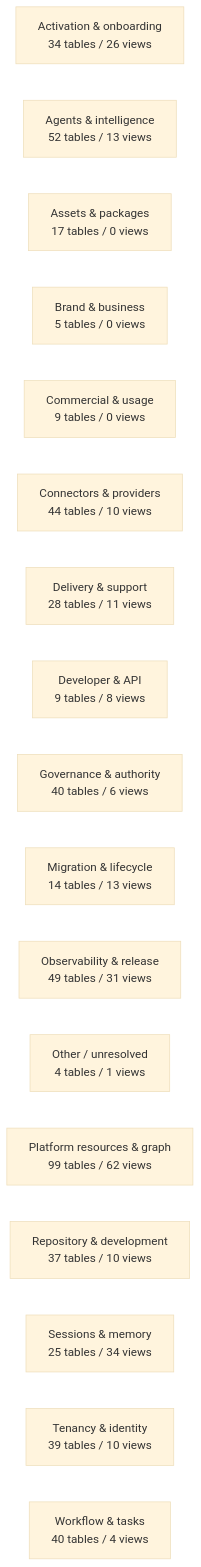
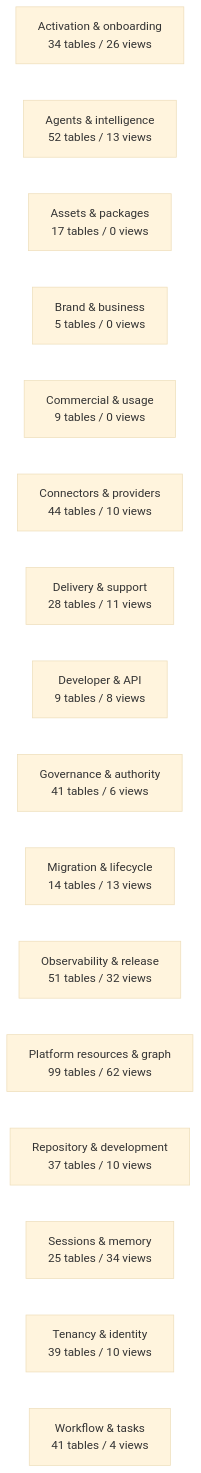
The diagram in docs/work-maps/data-model-domain-map.md (mad4bdigital-ai/multi-business-multi-role-growth-intelligence-os), drawn with Mermaid (base theme) before and after one commit. The commit also changed other lines of this file and 6 other files, not shown here.

````diff
--- a/docs/work-maps/data-model-domain-map.md
+++ b/docs/work-maps/data-model-domain-map.md
@@ -9,20 +9,19 @@
 ```mermaid
 flowchart LR
   n_Activation___onboarding["Activation & onboarding<br/>34 tables / 26 views"]
   n_Agents___intelligence["Agents & intelligence<br/>52 tables / 13 views"]
   n_Assets___packages["Assets & packages<br/>17 tables / 0 views"]
   n_Brand___business["Brand & business<br/>5 tables / 0 views"]
   n_Commercial___usage["Commercial & usage<br/>9 tables / 0 views"]
   n_Connectors___providers["Connectors & providers<br/>44 tables / 10 views"]
   n_Delivery___support["Delivery & support<br/>28 tables / 11 views"]
   n_Developer___API["Developer & API<br/>9 tables / 8 views"]
-  n_Governance___authority["Governance & authority<br/>40 tables / 6 views"]
+  n_Governance___authority["Governance & authority<br/>41 tables / 6 views"]
   n_Migration___lifecycle["Migration & lifecycle<br/>14 tables / 13 views"]
-  n_Observability___release["Observability & release<br/>49 tables / 31 views"]
-  n_Other___unresolved["Other / unresolved<br/>4 tables / 1 views"]
+  n_Observability___release["Observability & release<br/>51 tables / 32 views"]
   n_Platform_resources___graph["Platform resources & graph<br/>99 tables / 62 views"]
   n_Repository___development["Repository & development<br/>37 tables / 10 views"]
   n_Sessions___memory["Sessions & memory<br/>25 tables / 34 views"]
   n_Tenancy___identity["Tenancy & identity<br/>39 tables / 10 views"]
-  n_Workflow___tasks["Workflow & tasks<br/>40 tables / 4 views"]
+  n_Workflow___tasks["Workflow & tasks<br/>41 tables / 4 views"]
 ```
````
